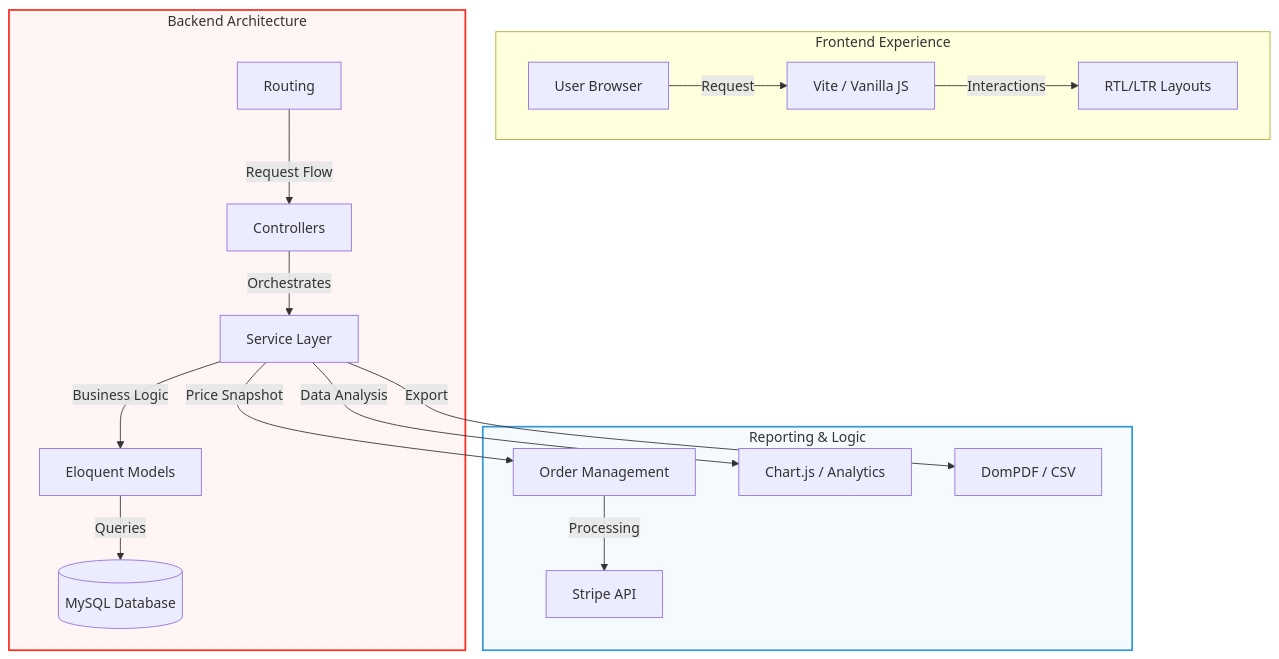
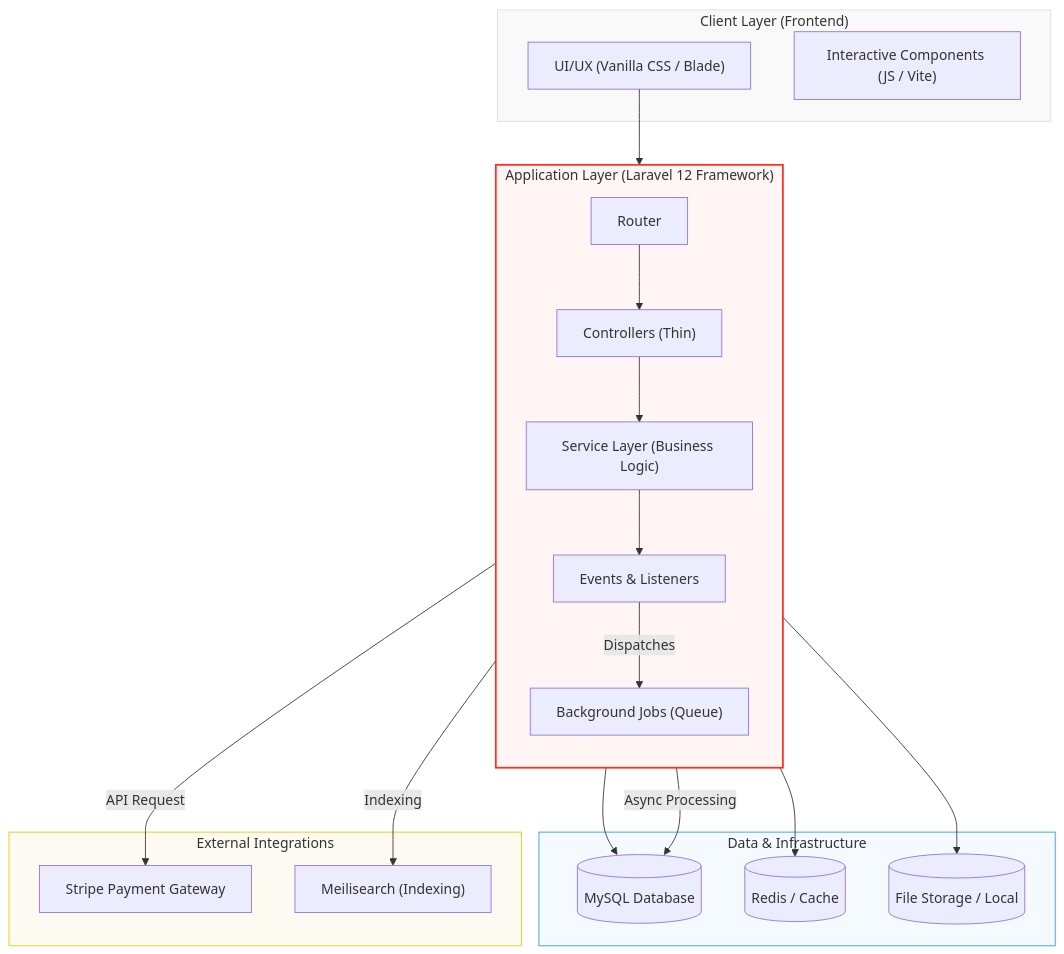
One commit to yassinds22/ecommerce-perfumes changed the diagram in README.md. Above: the diagram before and after it, drawn with Mermaid. The commit also changed other lines of this file, not shown here.

Commit message:
update table product  and report

````diff
--- a/README.md
+++ b/README.md
@@ -18,24 +19,50 @@
 ```mermaid
 graph TD
-    subgraph Client_Side [Frontend Experience]
-        A[User Browser] -- Request --> B[Vite / Vanilla JS]
-        B -- Interactions --> C[RTL/LTR Layouts]
+    %% Client Side
+    subgraph Client_Layer ["Client Layer (Frontend)"]
+        UI["UI/UX (Vanilla CSS / Blade)"]
+        JS["Interactive Components (JS / Vite)"]
     end
 
-    subgraph Laravel_Core [Backend Architecture]
-        D[Routing] -- Request Flow --> E[Controllers]
-        E -- Orchestrates --> F[Service Layer]
-        F -- Business Logic --> G[Eloquent Models]
-        G -- Queries --> H[(MySQL Database)]
+    %% Application Layer
+    subgraph App_Layer ["Application Layer (Laravel 12 Framework)"]
+        direction TB
+        Route["Router"]
+        Ctrl["Controllers (Thin)"]
+        Serv["Service Layer (Business Logic)"]
+        Event["Events & Listeners"]
+        Job["Background Jobs (Queue)"]
     end
 
-    subgraph Business_Intelligence [Reporting & Logic]
-        F -- Price Snapshot --> I[Order Management]
-        F -- Data Analysis --> J[Chart.js / Analytics]
-        F -- Export --> K[DomPDF / CSV]
-        I -- Processing --> L[Stripe API]
+    %% Data & Infrastructure
+    subgraph Infra_Layer ["Data & Infrastructure"]
+        DB[("MySQL Database")]
+        Redis[("Redis / Cache")]
+        S3[("File Storage / Local")]
     end
 
-    style Laravel_Core fill:#fff5f5,stroke:#ff2d20,stroke-width:2px
-    style Business_Intelligence fill:#f5faff,stroke:#3498db,stroke-width:2px
+    %% External Systems
+    subgraph External_APIs ["External Integrations"]
+        Stripe["Stripe Payment Gateway"]
+        Meili["Meilisearch (Indexing)"]
+    end
+
+    %% Connections
+    UI --> Route
+    Route --> Ctrl
+    Ctrl --> Serv
+    Serv --> DB
+    Serv --> Redis
+    Serv --> S3
+    Serv --> Event
+    Event -- Dispatches --> Job
+    Job -- Async Processing --> DB
+    Serv -- API Request --> Stripe
+    Serv -- Indexing --> Meili
+
+    %% Styling
+    style Client_Layer fill:#f9f9f9,stroke:#ddd
+    style App_Layer fill:#fff5f5,stroke:#ff2d20,stroke-width:2px
+    style Infra_Layer fill:#f5faff,stroke:#3498db
+    style External_APIs fill:#fdfaf2,stroke:#f1c40f
 ```
````
